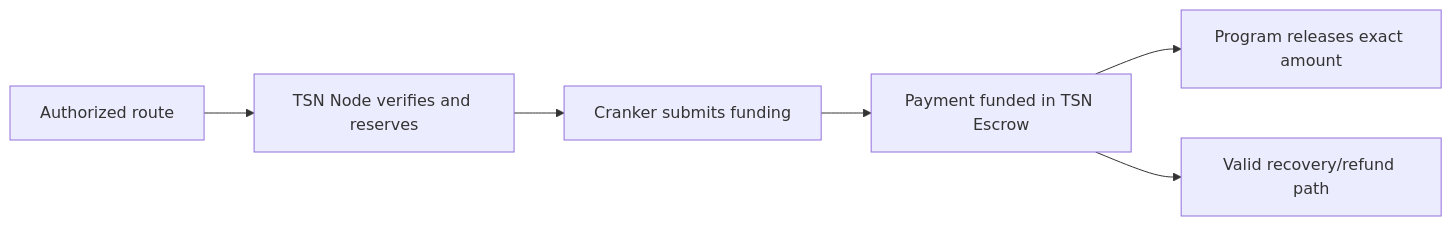
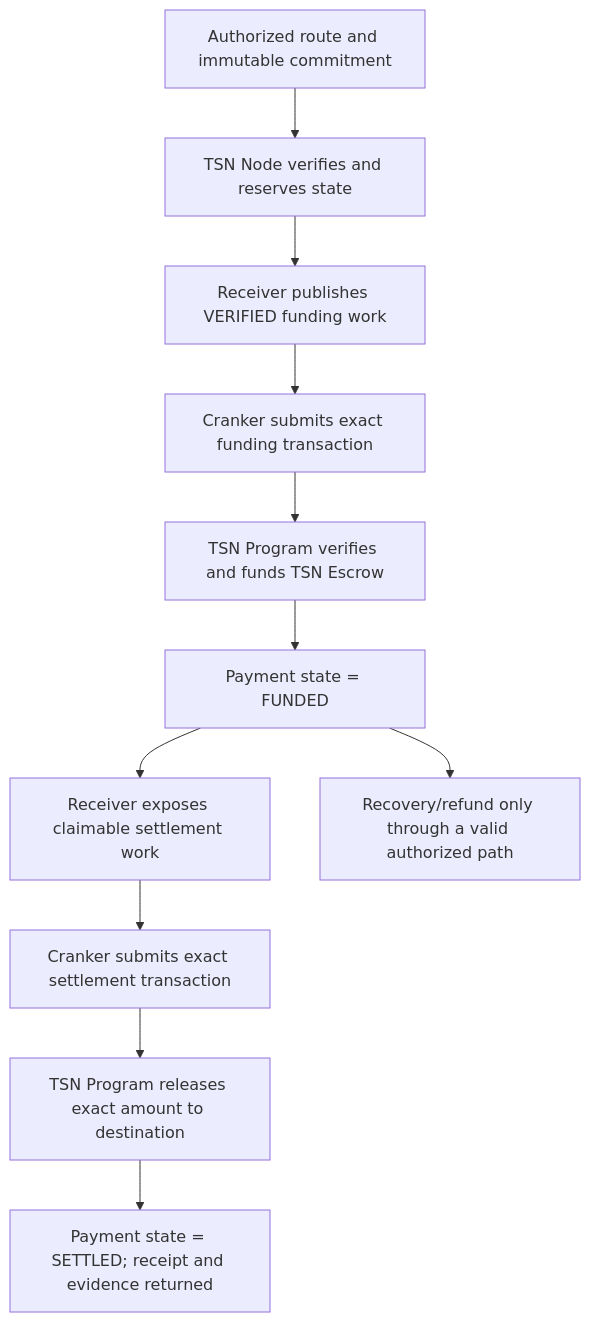
The second of 4 diagrams in docs/tsn-transaction-explorer.md (bigdreamsweb3/trustlink-pay), drawn with Mermaid before and after one commit. The commit also changed other lines of this file and 37 other files, not shown here.

````diff
--- a/docs/tsn-transaction-explorer.md
+++ b/docs/tsn-transaction-explorer.md
@@ -26,8 +76,14 @@
 ```mermaid
-flowchart LR
-    A[Authorized route] --> B[TSN Node verifies and reserves]
-    B --> C[Cranker submits funding]
-    C --> D[Payment funded in TSN Escrow]
-    D --> E[Program releases exact amount]
-    D --> F[Valid recovery/refund path]
+flowchart TD
+    A["Authorized route and immutable commitment"]
+    A --> B["TSN Node verifies and reserves state"]
+    B --> C["Receiver publishes VERIFIED funding work"]
+    C --> D["Cranker submits exact funding transaction"]
+    D --> E["TSN Program verifies and funds TSN Escrow"]
+    E --> F["Payment state = FUNDED"]
+    F --> G["Receiver exposes claimable settlement work"]
+    G --> H["Cranker submits exact settlement transaction"]
+    H --> I["TSN Program releases exact amount to destination"]
+    I --> J["Payment state = SETTLED; receipt and evidence returned"]
+    F --> K["Recovery/refund only through a valid authorized path"]
 ```
````
